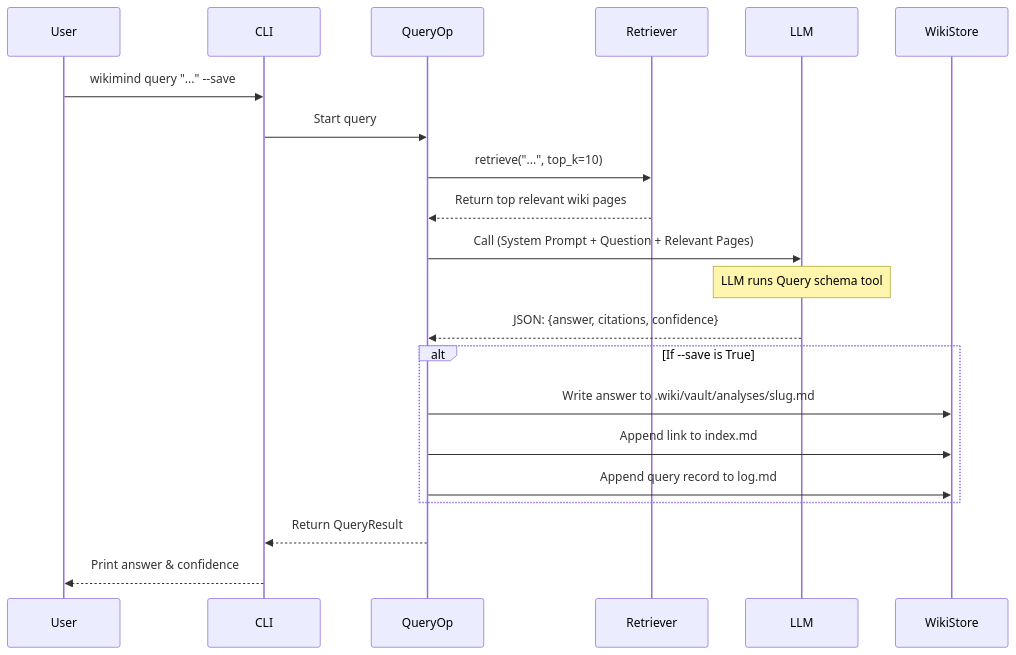
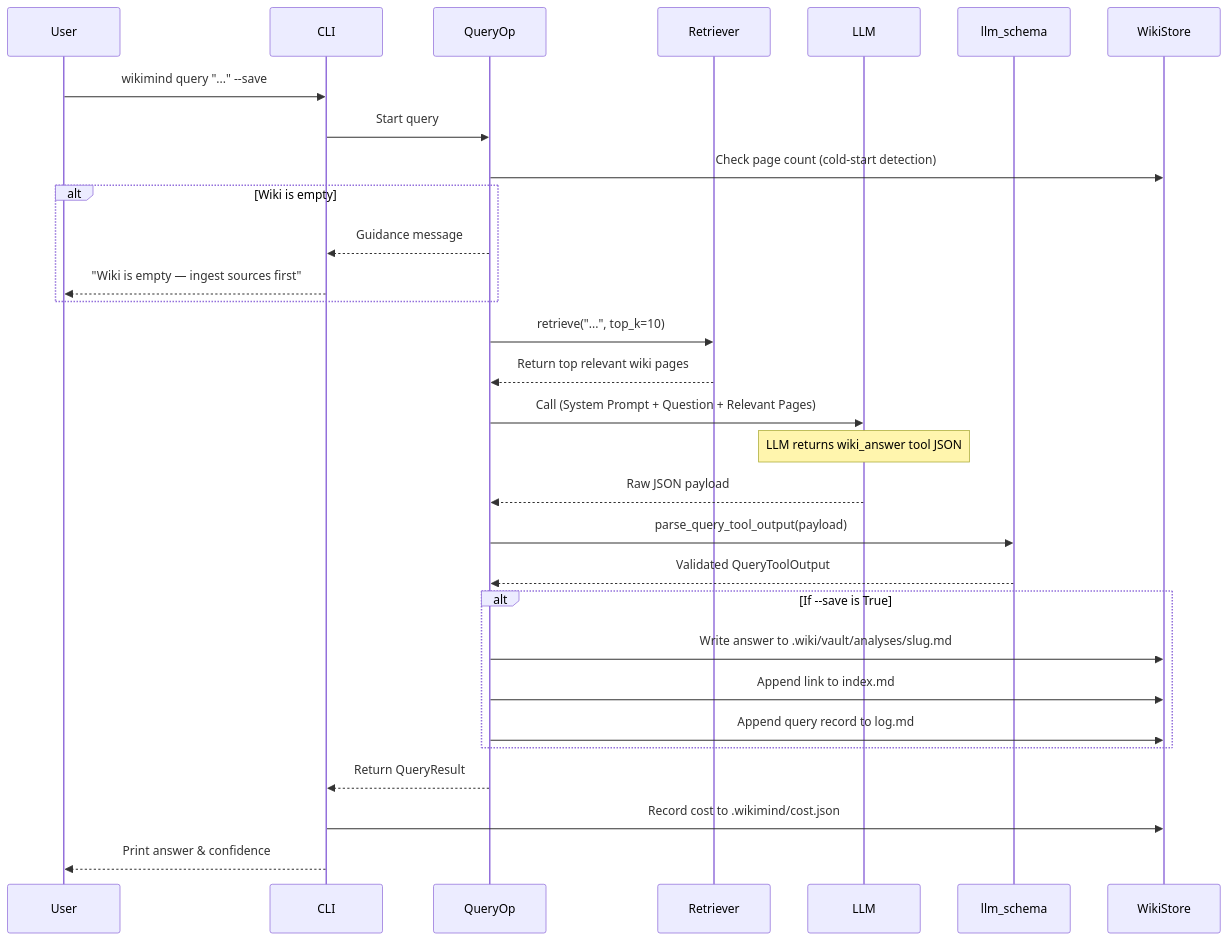
One commit to thaihoc215/wikimind changed the second of 3 diagrams in ARCHITECTURE.md. Above: the diagram before and after it, drawn with Mermaid. The commit also changed other lines of this file and 4 other files, not shown here.

````diff
--- a/ARCHITECTURE.md
+++ b/ARCHITECTURE.md
@@ -74,28 +210,39 @@
 ```mermaid
 sequenceDiagram
     participant User
     participant CLI
     participant QueryOp
     participant Retriever
     participant LLM
+    participant Schema as llm_schema
     participant WikiStore
 
     User->>CLI: wikimind query "..." --save
     CLI->>QueryOp: Start query
     
+    QueryOp->>WikiStore: Check page count (cold-start detection)
+    alt Wiki is empty
+        QueryOp-->>CLI: Guidance message
+        CLI-->>User: "Wiki is empty — ingest sources first"
+    end
+    
     QueryOp->>Retriever: retrieve("...", top_k=10)
     Retriever-->>QueryOp: Return top relevant wiki pages
     
     QueryOp->>LLM: Call (System Prompt + Question + Relevant Pages)
-    Note over LLM: LLM runs Query schema tool
-    LLM-->>QueryOp: JSON: {answer, citations, confidence}
+    Note over LLM: LLM returns wiki_answer tool JSON
+    LLM-->>QueryOp: Raw JSON payload
+    
+    QueryOp->>Schema: parse_query_tool_output(payload)
+    Schema-->>QueryOp: Validated QueryToolOutput
     
     alt If --save is True
         QueryOp->>WikiStore: Write answer to .wiki/vault/analyses/slug.md
         QueryOp->>WikiStore: Append link to index.md
         QueryOp->>WikiStore: Append query record to log.md
     end
     
     QueryOp-->>CLI: Return QueryResult
+    CLI->>WikiStore: Record cost to .wikimind/cost.json
     CLI-->>User: Print answer & confidence
 ```
````
